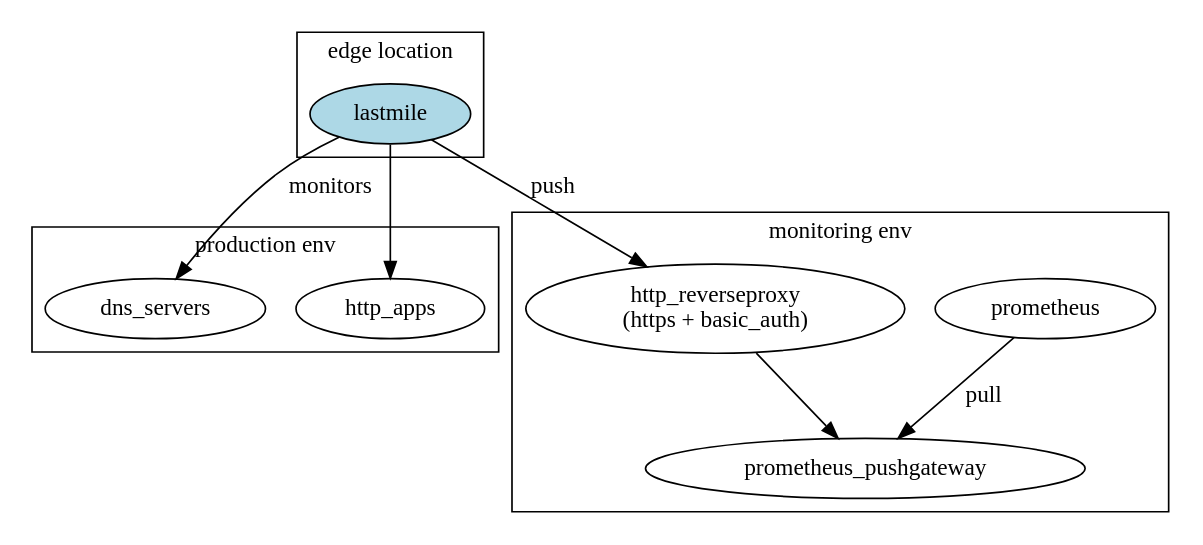
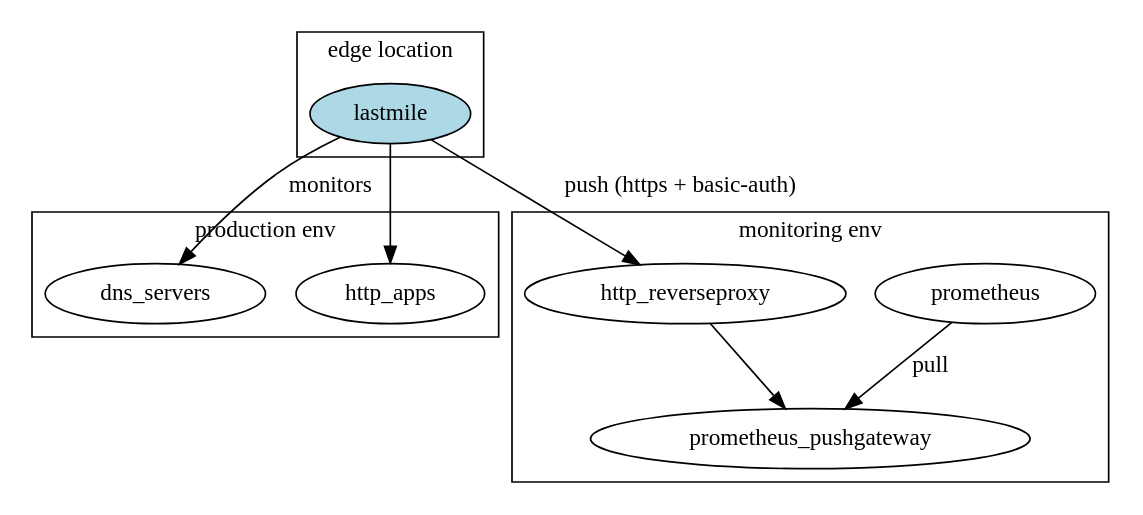
The diagram in docs/concept.dot (coliquio/lastmile), drawn with Graphviz before and after one commit. The commit also changed 1 other file, not shown here.

```diff
--- a/docs/concept.dot
+++ b/docs/concept.dot
@@ -1,26 +1,26 @@
 digraph g {
 
   subgraph cluster_1 {
     label="production env"
 
     dns_servers
     http_apps
   }
 
   subgraph cluster_2 {
     label="monitoring env"
 
     prometheus -> prometheus_pushgateway [label=pull]
-    "http_reverseproxy\n(https + basic_auth)" -> prometheus_pushgateway
-    "http_reverseproxy\n(https + basic_auth)"
+    http_reverseproxy -> prometheus_pushgateway
+    http_reverseproxy
   }
 
   subgraph cluster_3 {
     label="edge location"
 
     lastmile [fillcolor="lightblue",style=filled]
-    lastmile -> "http_reverseproxy\n(https + basic_auth)" [label="push"]
+    lastmile -> http_reverseproxy [label="push (https + basic-auth)"]
     lastmile -> dns_servers [label="monitors"]
     lastmile -> http_apps
   }
 }
```
